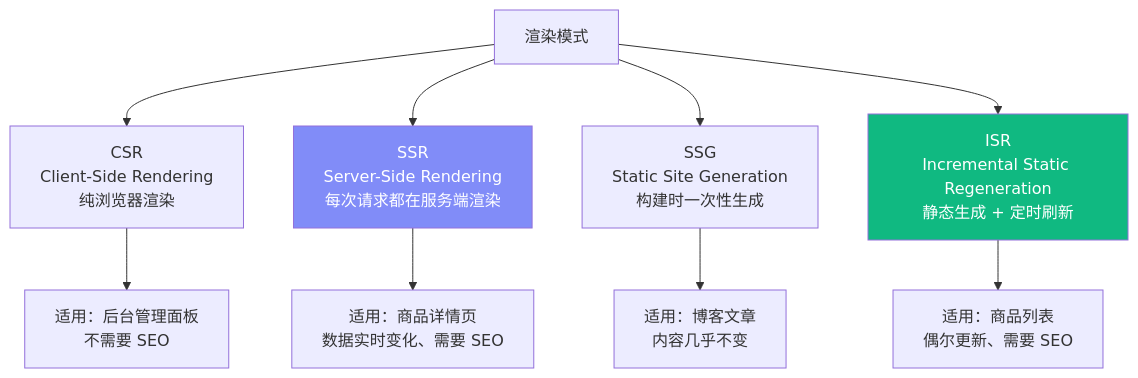
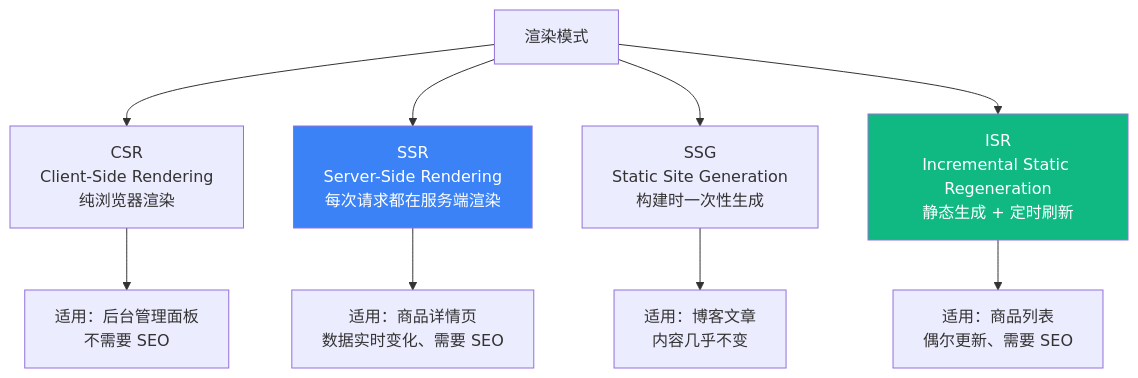
One commit to boltguo/react_learn changed the second of 4 diagrams in docs/Lesson_17.md. Above: the diagram before and after it, drawn with Mermaid. The commit also changed other lines of this file and 31 other files, not shown here.

Commit message:
docs: 统一Mermaid术语与配色层级

````diff
--- a/docs/Lesson_17.md
+++ b/docs/Lesson_17.md
@@ -56,17 +68,17 @@
 ```mermaid
 flowchart TB
     A["渲染模式"]
     
     A --> CSR["CSR<br/>Client-Side Rendering<br/>纯浏览器渲染"]
     A --> SSR["SSR<br/>Server-Side Rendering<br/>每次请求都在服务端渲染"]
     A --> SSG["SSG<br/>Static Site Generation<br/>构建时一次性生成"]
     A --> ISR["ISR<br/>Incremental Static Regeneration<br/>静态生成 + 定时刷新"]
     
     CSR --> C1["适用：后台管理面板<br/>不需要 SEO"]
     SSR --> C2["适用：商品详情页<br/>数据实时变化、需要 SEO"]
     SSG --> C3["适用：博客文章<br/>内容几乎不变"]
     ISR --> C4["适用：商品列表<br/>偶尔更新、需要 SEO"]
     
-    style SSR fill:#818cf8,color:#fff
+    style SSR fill:#3b82f6,color:#fff
     style ISR fill:#10b981,color:#fff
 ```
````
